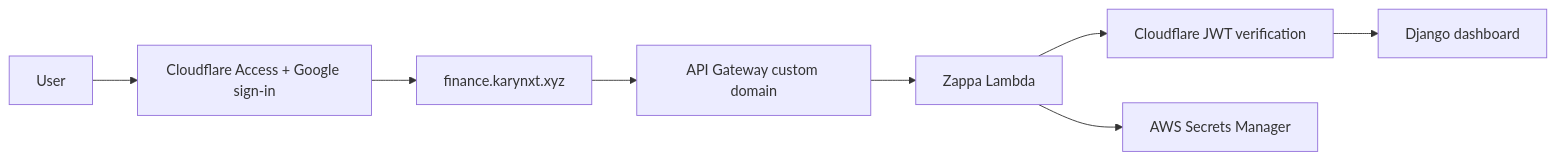
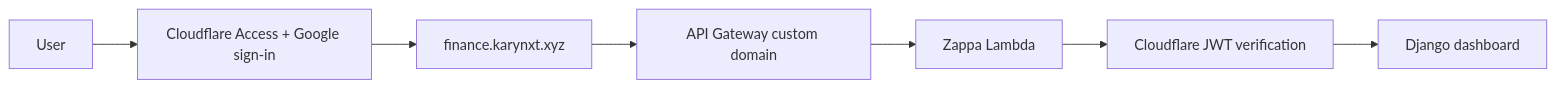
The diagram in DEPLOYMENT.md (praveenkumarv-github/portfolio), drawn with Mermaid before and after one commit. The commit also changed other lines of this file and 12 other files, not shown here.

Commit message:
Refactor Google service account handling: remove Secrets Manager integration and update documentation

````diff
--- a/DEPLOYMENT.md
+++ b/DEPLOYMENT.md
@@ -5,10 +5,9 @@
 ```mermaid
 flowchart LR
     User --> CF[Cloudflare Access + Google sign-in]
     CF --> Domain[finance.karynxt.xyz]
     Domain --> APIGW[API Gateway custom domain]
     APIGW --> Lambda[Zappa Lambda]
     Lambda --> JWT[Cloudflare JWT verification]
     JWT --> Django[Django dashboard]
-    Lambda --> SM[AWS Secrets Manager]
 ```
````
